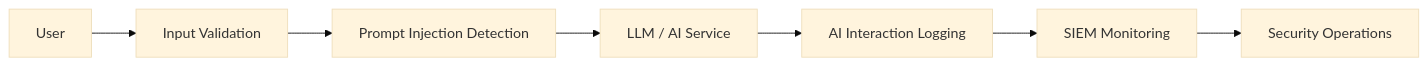
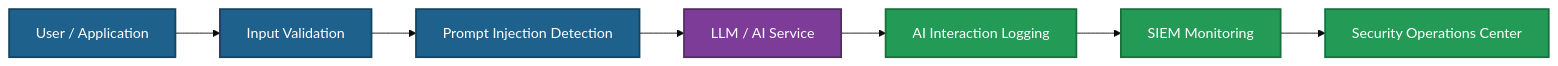
Before and after one commit to mehlekd/sarta-sovereign-cloud-security-lab: the third of 4 diagrams in README.md, drawn with Mermaid (base theme). The commit also changed other lines of this file, not shown here.

First line of the commit message:
Enhance architecture diagrams and color definitions

````diff
--- a/README.md
+++ b/README.md
@@ -272,15 +323,47 @@
 ```mermaid
 flowchart LR
 
-User --> Input[Input Validation]
+%% =====================================================
+%% USER INPUT
+%% =====================================================
 
-Input --> Filter[Prompt Injection Detection]
+User["User / Application"] --> Input["Input Validation"]
 
-Filter --> AI[LLM / AI Service]
+Input --> Filter["Prompt Injection Detection"]
 
-AI --> Logging[AI Interaction Logging]
+%% =====================================================
+%% AI EXECUTION
+%% =====================================================
 
-Logging --> SIEM[SIEM Monitoring]
+Filter --> AI["LLM / AI Service"]
 
-SIEM --> SOC[Security Operations]
+%% =====================================================
+%% LOGGING + MONITORING
+%% =====================================================
+
+AI --> Logging["AI Interaction Logging"]
+
+Logging --> SIEM["SIEM Monitoring"]
+
+SIEM --> SOC["Security Operations Center"]
+
+%% =====================================================
+%% COLOR DEFINITIONS
+%% =====================================================
+
+classDef input fill:#1f618d,color:#ffffff,stroke:#154360,stroke-width:2px;
+
+classDef ai fill:#7d3c98,color:#ffffff,stroke:#512e5f,stroke-width:2px;
+
+classDef monitoring fill:#239b56,color:#ffffff,stroke:#196f3d,stroke-width:2px;
+
+%% =====================================================
+%% APPLY COLORS
+%% =====================================================
+
+class User,Input,Filter input;
+
+class AI ai;
+
+class Logging,SIEM,SOC monitoring;
 ```
````
